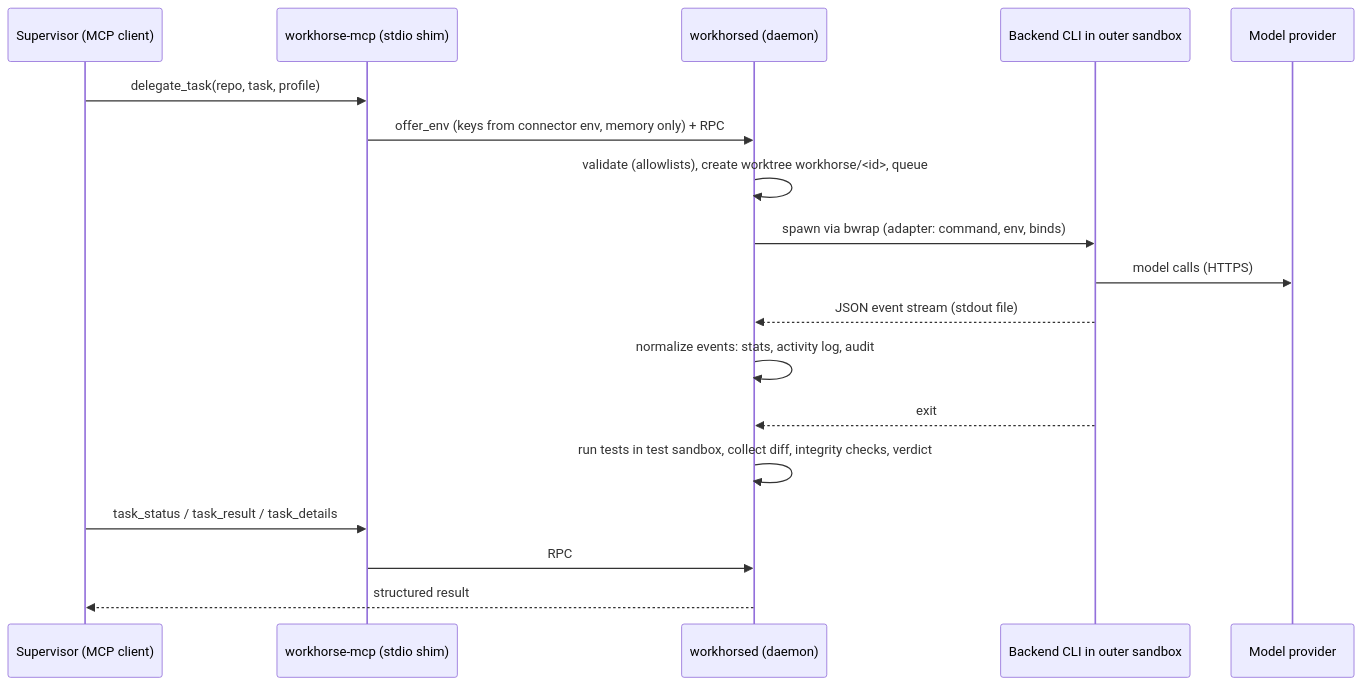
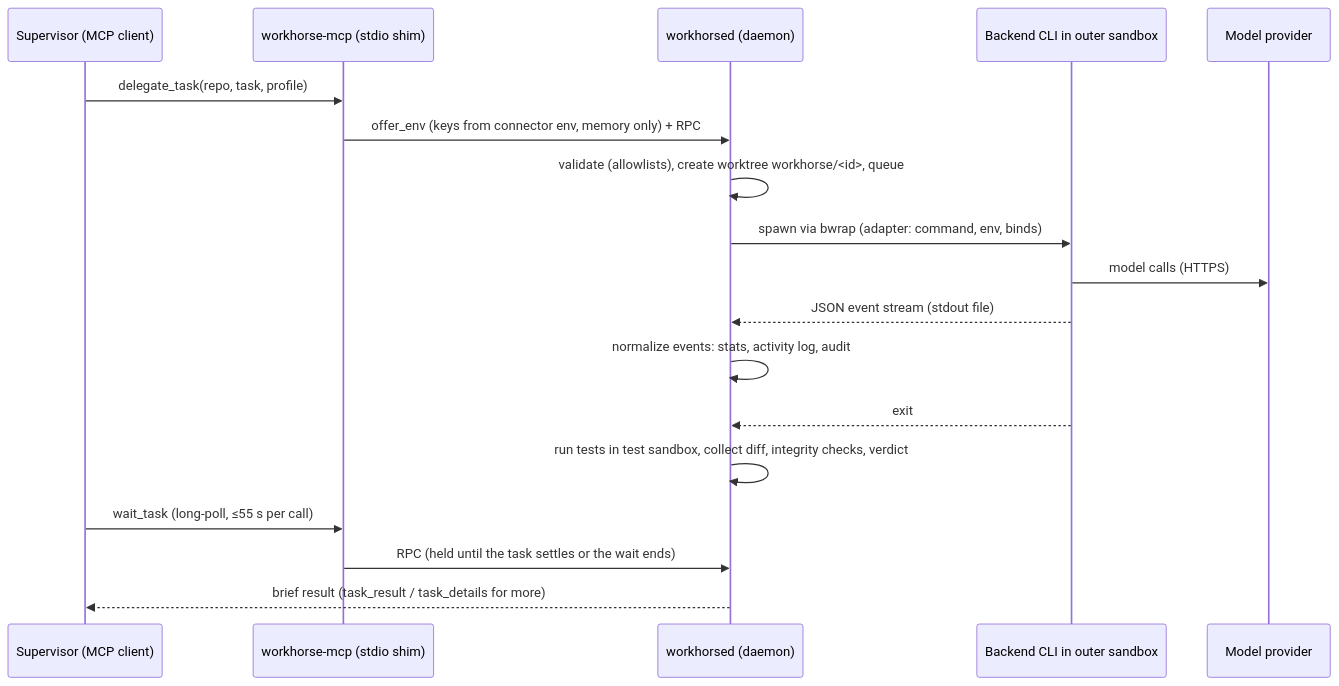
One commit to mrchatam/Grok-workhorse changed the diagram in docs/architecture.md. Above: the diagram before and after it, drawn with Mermaid. The commit also changed other lines of this file and 11 other files, not shown here.

First line of the commit message:
docs: token savings, v0.3 configuration, handoff, security; skill prefers wait_task

````diff
--- a/docs/architecture.md
+++ b/docs/architecture.md
@@ -3,20 +3,20 @@
 ```mermaid
 sequenceDiagram
   participant S as Supervisor (MCP client)
   participant M as workhorse-mcp (stdio shim)
   participant D as workhorsed (daemon)
   participant W as Backend CLI in outer sandbox
   participant P as Model provider
   S->>M: delegate_task(repo, task, profile)
   M->>D: offer_env (keys from connector env, memory only) + RPC
   D->>D: validate (allowlists), create worktree workhorse/<id>, queue
   D->>W: spawn via bwrap (adapter: command, env, binds)
   W->>P: model calls (HTTPS)
   W-->>D: JSON event stream (stdout file)
   D->>D: normalize events: stats, activity log, audit
   W-->>D: exit
   D->>D: run tests in test sandbox, collect diff, integrity checks, verdict
-  S->>M: task_status / task_result / task_details
-  M->>D: RPC
-  D-->>S: structured result
+  S->>M: wait_task (long-poll, ≤55 s per call)
+  M->>D: RPC (held until the task settles or the wait ends)
+  D-->>S: brief result (task_result / task_details for more)
 ```
````
